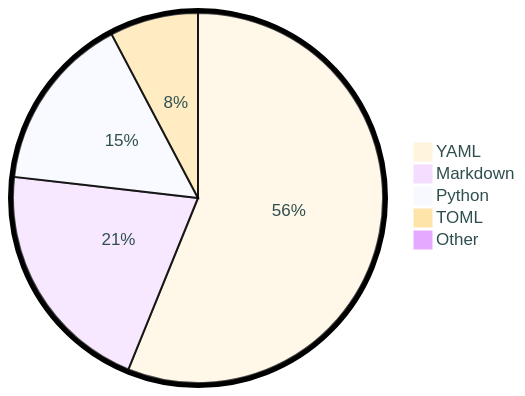
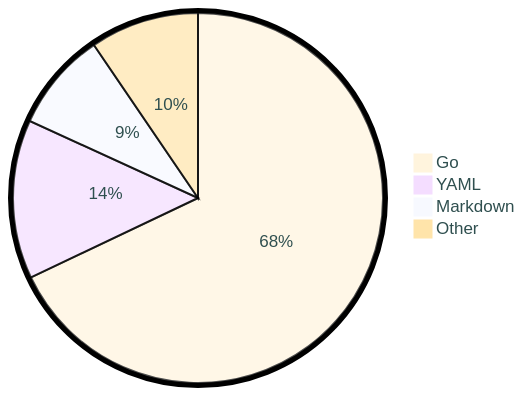
Before and after one commit to tot0p/tot0p: the diagram in README.md, drawn with Mermaid. The commit also changed other lines of this file, not shown here.

````diff
--- a/README.md
+++ b/README.md
@@ -72,9 +80,8 @@
 ```mermaid
 %%{init: {"pie": {"textPosition": 0.5}, "themeVariables": {"pieOuterStrokeWidth": "5px","primaryTextColor" : "#2F4F4F"},"theme":"base"} }%%
 pie
-	"YAML": 55.95
-	"Markdown": 20.61
-	"Python": 15.4
-	"TOML": 7.7
-	"Other": 0.3400000000000001
+	"Go": 67.94
+	"YAML": 13.9
+	"Markdown": 8.66
+	"Other": 9.51
 ```
````
